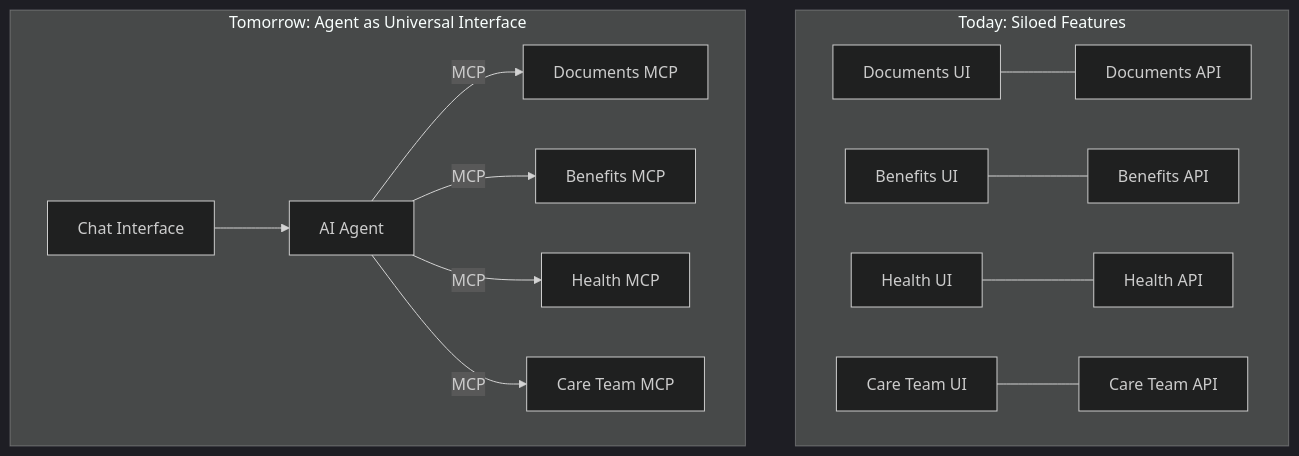
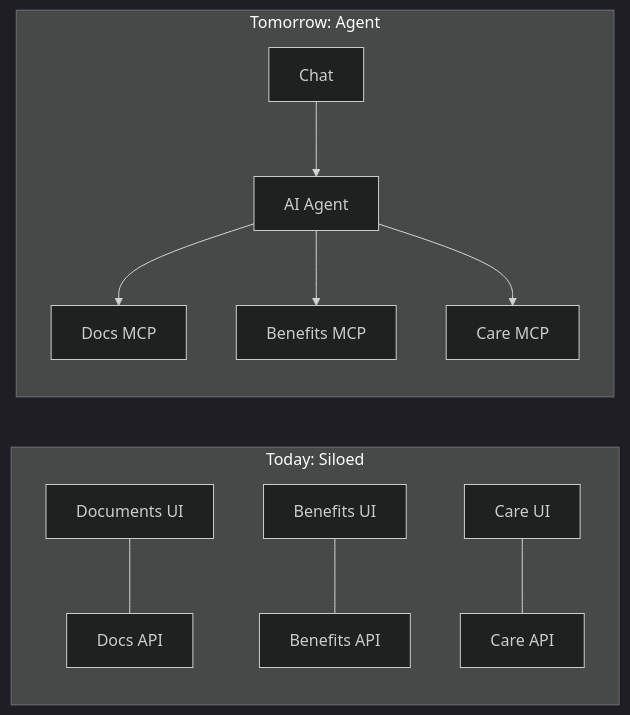
Before and after one commit to vinismoraes/hackathon-agent-documents: diagram 15 of 16 in PLAN.md, drawn with Mermaid (dark theme). The commit also changed other lines of this file, not shown here.

First line of the commit message:
Simplify Mermaid diagrams for readability

````diff
--- a/PLAN.md
+++ b/PLAN.md
@@ -870,17 +852,15 @@
 ```mermaid
-flowchart TD
-    subgraph "Today: Siloed Features"
-        DOC_UI["Documents UI"] --- DOC_API["Documents API"]
-        BENEFITS_UI["Benefits UI"] --- BENEFITS_API["Benefits API"]
-        HEALTH_UI["Health UI"] --- HEALTH_API["Health API"]
-        CARE_UI["Care Team UI"] --- CARE_API["Care Team API"]
+flowchart LR
+    subgraph TODAY ["Today: Siloed"]
+        DOC_UI["Documents UI"] --- DOC_API["Docs API"]
+        BEN_UI["Benefits UI"] --- BEN_API["Benefits API"]
+        CARE_UI["Care UI"] --- CARE_API["Care API"]
     end
 
-    subgraph "Tomorrow: Agent as Universal Interface"
-        CHAT["Chat Interface"] --> AGENT["AI Agent"]
-        AGENT -->|MCP| DOC_MCP["Documents MCP"]
-        AGENT -->|MCP| BENEFITS_MCP["Benefits MCP"]
-        AGENT -->|MCP| HEALTH_MCP["Health MCP"]
-        AGENT -->|MCP| CARE_MCP["Care Team MCP"]
+    subgraph TOMORROW ["Tomorrow: Agent"]
+        CHAT["Chat"] --> AGENT["AI Agent"]
+        AGENT --> DOC_MCP["Docs MCP"]
+        AGENT --> BEN_MCP["Benefits MCP"]
+        AGENT --> CARE_MCP["Care MCP"]
     end
 ```
````
